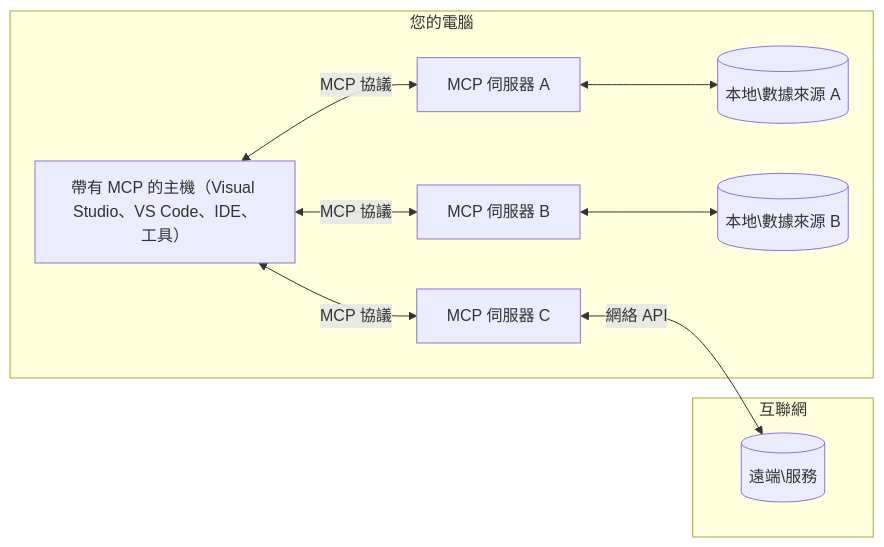
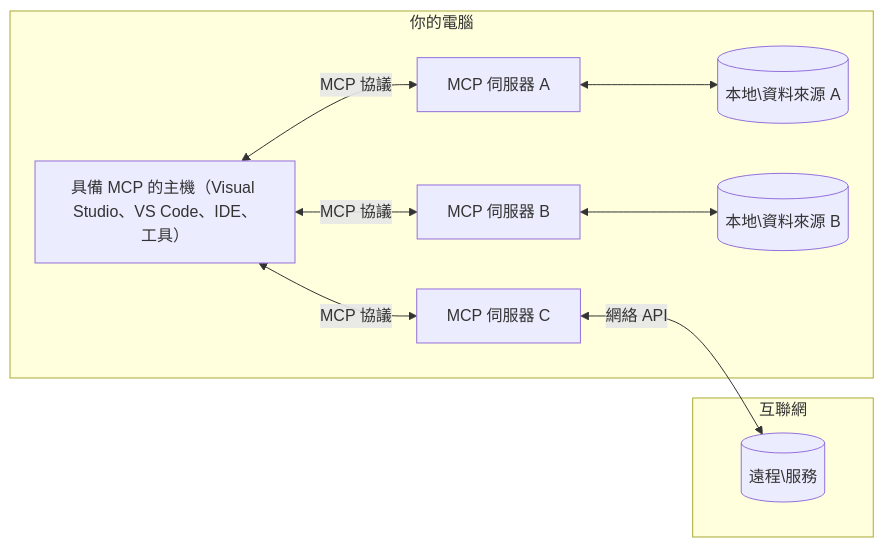
The diagram in mcp_ecosystem__model_context_protocol/mcp_learning_resources/mcp-for-beginners/translations/zh-MO/01-CoreConcepts/README.md (HIDORAKAI002/ai-workspace-archive), drawn with Mermaid before and after one commit. The commit also changed other lines of this file and 1046 other files, not shown here.

````diff
--- a/mcp_ecosystem__model_context_protocol/mcp_learning_resources/mcp-for-beginners/translations/zh-MO/01-CoreConcepts/README.md
+++ b/mcp_ecosystem__model_context_protocol/mcp_learning_resources/mcp-for-beginners/translations/zh-MO/01-CoreConcepts/README.md
@@ -42,17 +45,17 @@
 ```mermaid
 flowchart LR
-    subgraph "您的電腦"
-        Host["帶有 MCP 的主機（Visual Studio、VS Code、IDE、工具）"]
+    subgraph "你的電腦"
+        Host["具備 MCP 的主機（Visual Studio、VS Code、IDE、工具）"]
         S1["MCP 伺服器 A"]
         S2["MCP 伺服器 B"]
         S3["MCP 伺服器 C"]
         Host <-->|"MCP 協議"| S1
         Host <-->|"MCP 協議"| S2
         Host <-->|"MCP 協議"| S3
-        S1 <--> D1[("本地\數據來源 A")]
-        S2 <--> D2[("本地\數據來源 B")]
+        S1 <--> D1[("本地\資料來源 A")]
+        S2 <--> D2[("本地\資料來源 B")]
     end
     subgraph "互聯網"
-        S3 <-->|"網絡 API"| D3[("遠端\服務")]
+        S3 <-->|"網絡 API"| D3[("遠程\服務")]
     end
 ```
````
